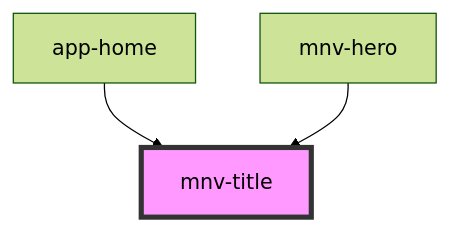
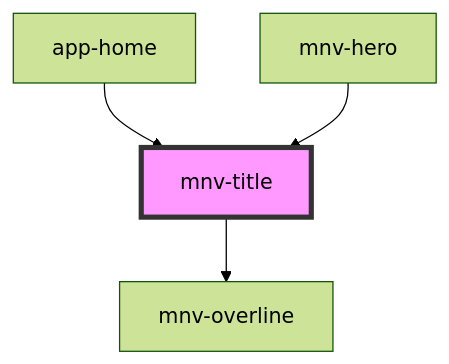
Before and after one commit to rafaela-vairo/ufrj-sustainable: the diagram in src/components/mnv-title/readme.md, drawn with Mermaid (forest theme). The commit also changed other lines of this file and 26 other files, not shown here.

````diff
--- a/src/components/mnv-title/readme.md
+++ b/src/components/mnv-title/readme.md
@@ -24,6 +28,7 @@
 ```mermaid
 graph TD;
+  mnv-title --> mnv-overline
   app-home --> mnv-title
   mnv-hero --> mnv-title
   style mnv-title fill:#f9f,stroke:#333,stroke-width:4px
 ```
````
